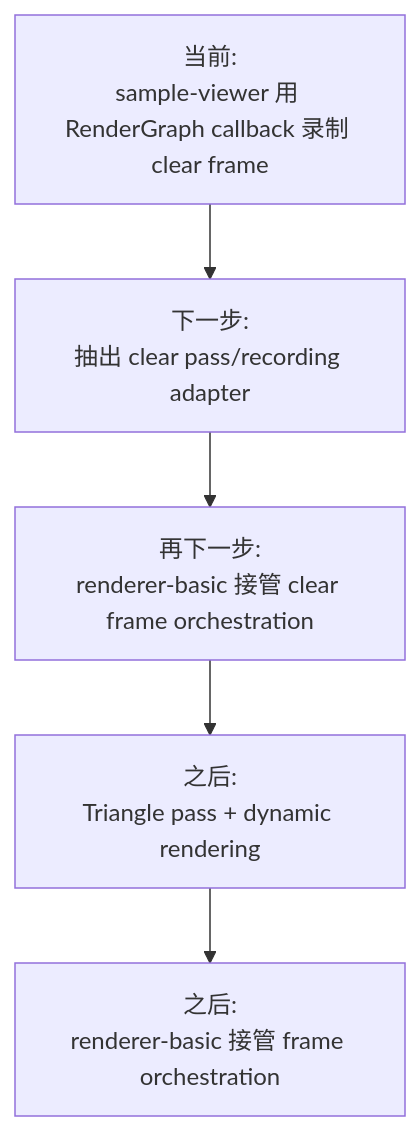
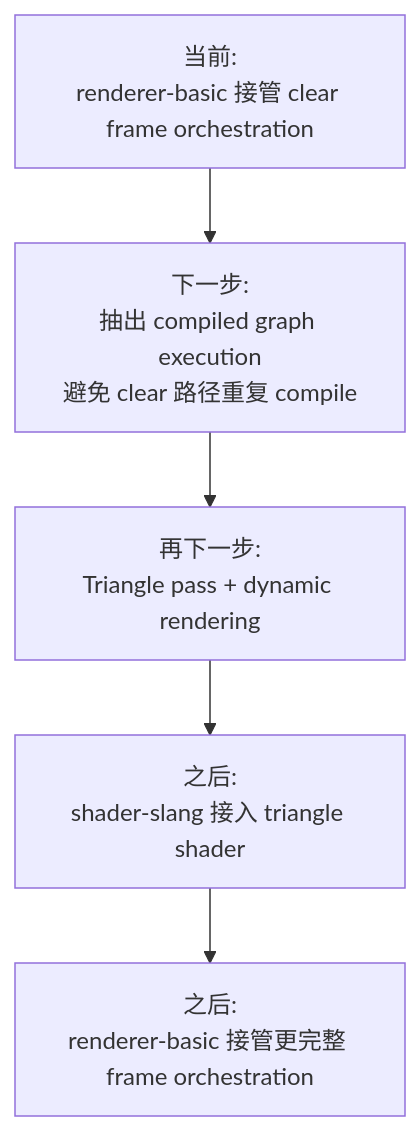
Before and after one commit to 66six11/Engine: the seventh of 7 diagrams in docs/flow-architecture.md, drawn with Mermaid. The commit also changed other lines of this file and 7 other files, not shown here.

Commit message:
Move clear frame recording into renderer basic

````diff
--- a/docs/flow-architecture.md
+++ b/docs/flow-architecture.md
@@ -189,10 +191,10 @@
 ```mermaid
 flowchart TD
-    Now["当前:<br/>sample-viewer 用 RenderGraph callback 录制 clear frame"]
-    Step1["下一步:<br/>抽出 clear pass/recording adapter"]
-    Step2["再下一步:<br/>renderer-basic 接管 clear frame orchestration"]
-    Step3["之后:<br/>Triangle pass + dynamic rendering"]
-    Step4["之后:<br/>renderer-basic 接管 frame orchestration"]
+    Now["当前:<br/>renderer-basic 接管 clear frame orchestration"]
+    Step1["下一步:<br/>抽出 compiled graph execution<br/>避免 clear 路径重复 compile"]
+    Step2["再下一步:<br/>Triangle pass + dynamic rendering"]
+    Step3["之后:<br/>shader-slang 接入 triangle shader"]
+    Step4["之后:<br/>renderer-basic 接管更完整 frame orchestration"]
 
     Now --> Step1 --> Step2 --> Step3 --> Step4
 ```
````
